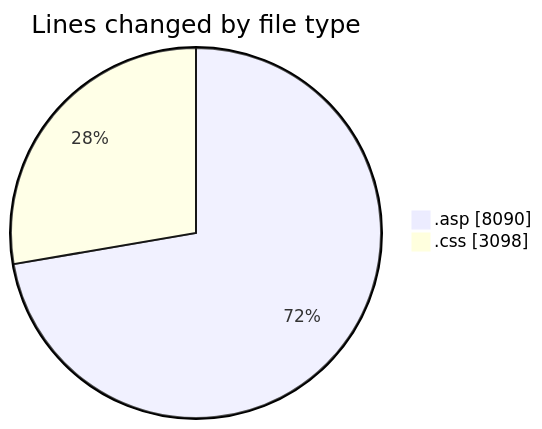
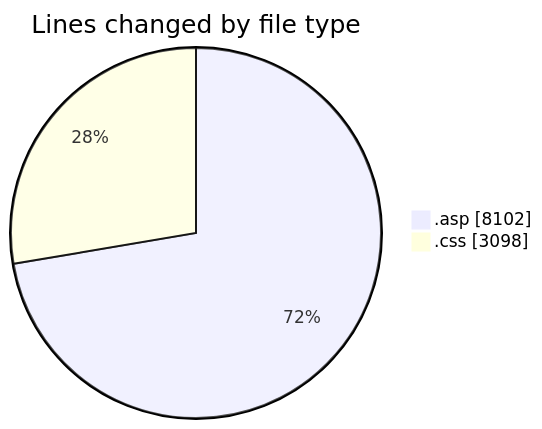
Before and after one commit to julien-gomy/code-tracking: the first of 2 diagrams in 2025-11-15/cdp_aleoudev_fr__workspace_/README.md, drawn with Mermaid. The commit also changed other lines of this file and 1 other file, not shown here.

````diff
--- a/2025-11-15/cdp_aleoudev_fr__workspace_/README.md
+++ b/2025-11-15/cdp_aleoudev_fr__workspace_/README.md
@@ -33,6 +33,6 @@
 ```mermaid
 pie showData
 title Lines changed by file type
-".asp" : 8090
+".asp" : 8102
 ".css" : 3098
 ```
````
